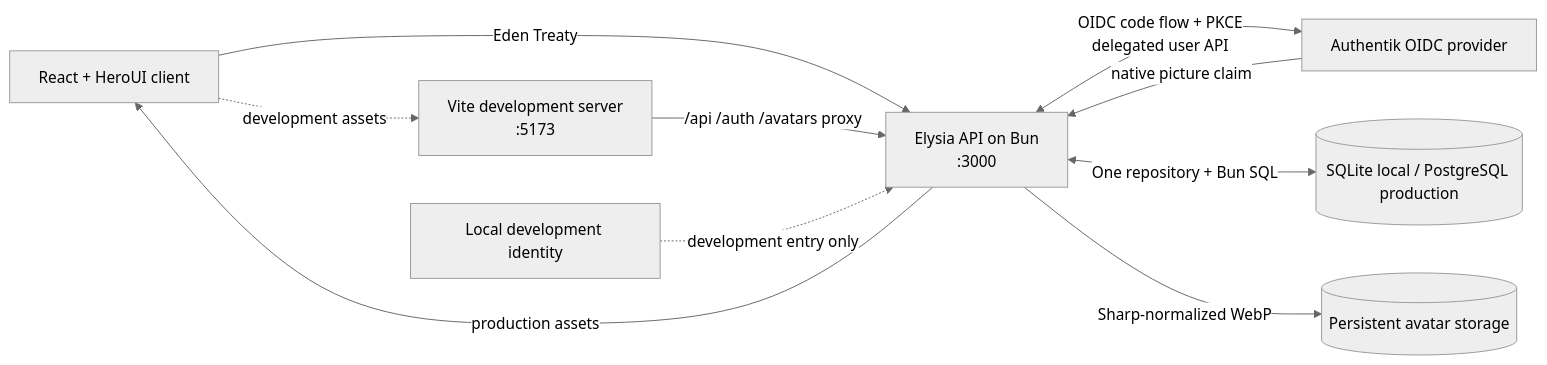
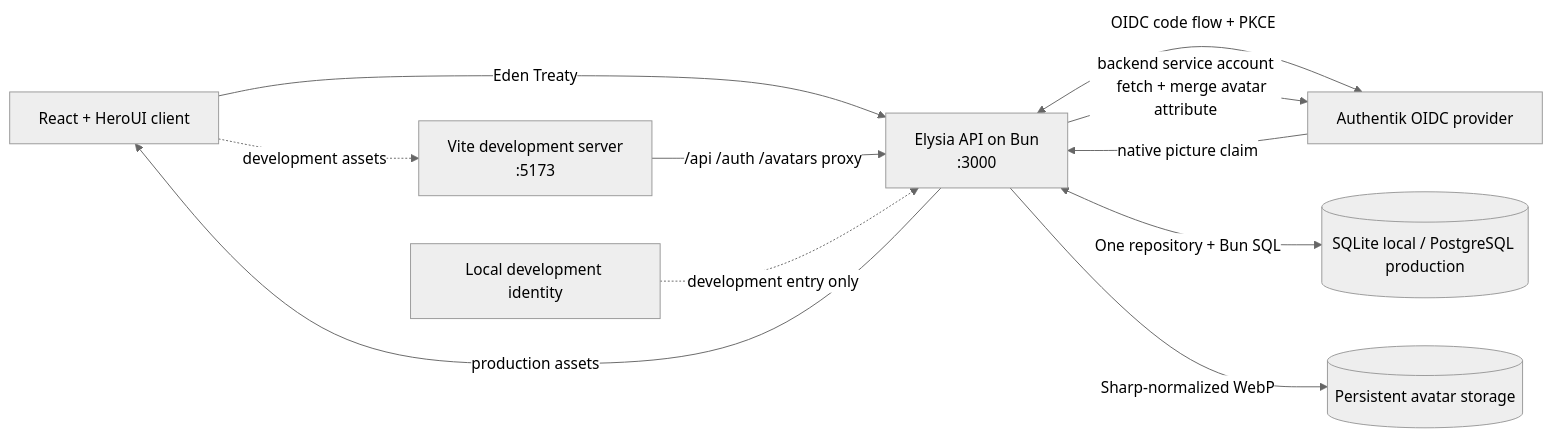
The diagram in README.md (kedar42/homelab-profile), drawn with Mermaid (neutral theme) before and after one commit. The commit also changed other lines of this file and 24 other files, not shown here.

````diff
--- a/README.md
+++ b/README.md
@@ -11,21 +11,22 @@
 ```mermaid
 flowchart LR
     Browser[React + HeroUI client]
     Vite[Vite development server\n:5173]
     API[Elysia API on Bun\n:3000]
     Auth[Authentik OIDC provider]
     DevIdentity[Local development identity]
     DB[(SQLite local / PostgreSQL production)]
     Files[(Persistent avatar storage)]
 
     Browser -->|Eden Treaty| API
     Browser -. development assets .-> Vite
     Vite -->|/api /auth /avatars proxy| API
-    API <-->|OIDC code flow + PKCE
-    delegated user API| Auth
+    API <-->|OIDC code flow + PKCE| Auth
+    API -->|backend service account
+    fetch + merge avatar attribute| Auth
     Auth -->|native picture claim| API
     DevIdentity -. development entry only .-> API
     API <-->|One repository + Bun SQL| DB
     API -->|Sharp-normalized WebP| Files
     API -->|production assets| Browser
 ```
````
